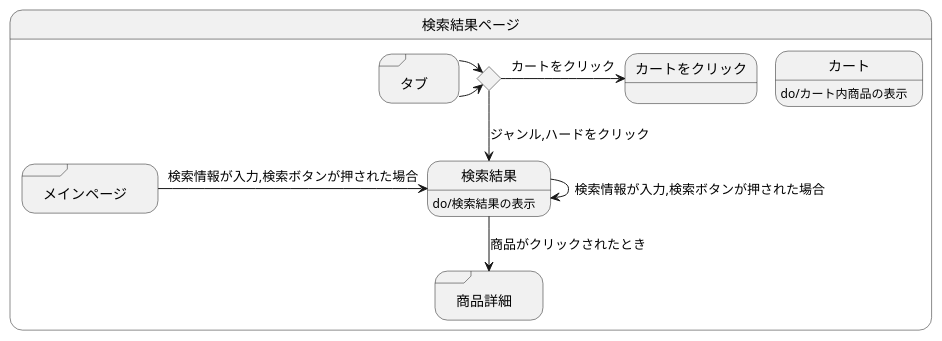
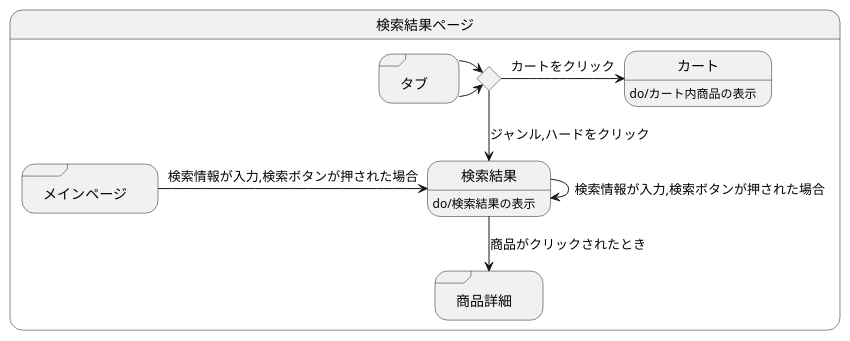
Before and after one commit to akutori/T-D-E: the diagram in 検索結果.md, drawn with PlantUML.

Commit message:
誤記修正

````diff
--- a/検索結果.md
+++ b/検索結果.md
@@ -1,20 +1,20 @@
 ```uml
 @startuml
 state 検索結果ページ{
     state ifinput <<choice>>
     state 検索結果:do/検索結果の表示
     state "商品詳細" as goodsdetail <<sdlreceive>>
     state "メインページ" as mainpage <<sdlreceive>>
     state "タブ" as tab <<sdlreceive>>
     state カート:do/カート内商品の表示
     mainpage -> 検索結果 :検索情報が入力,検索ボタンが押された場合
     検索結果 --> goodsdetail :商品がクリックされたとき
     tab -> ifinput 
     ifinput --> 検索結果 :ジャンル,ハードをクリック
     tab -> ifinput 
-    ifinput -> カートをクリック :カートをクリック
+    ifinput -> カート :カートをクリック
     検索結果 -> 検索結果 :検索情報が入力,検索ボタンが押された場合
 }
 
 @enduml
 ```
````
